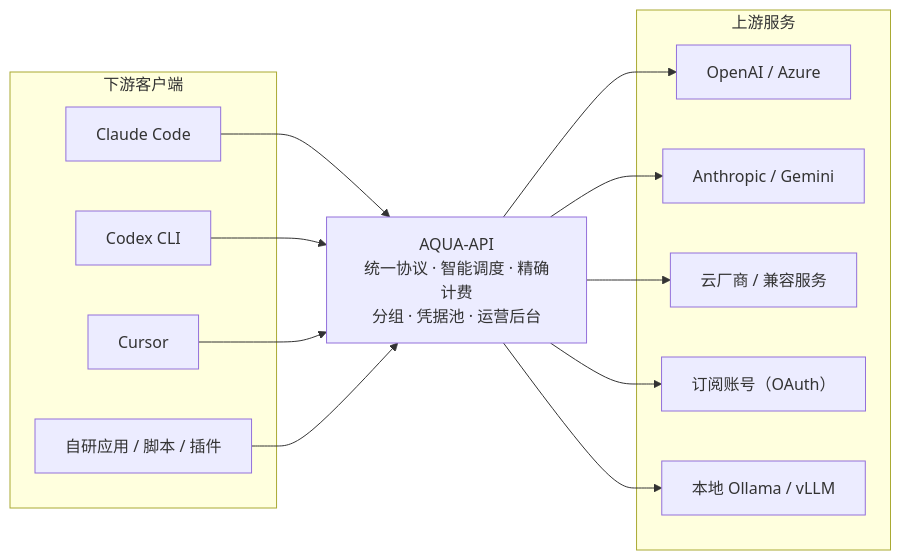
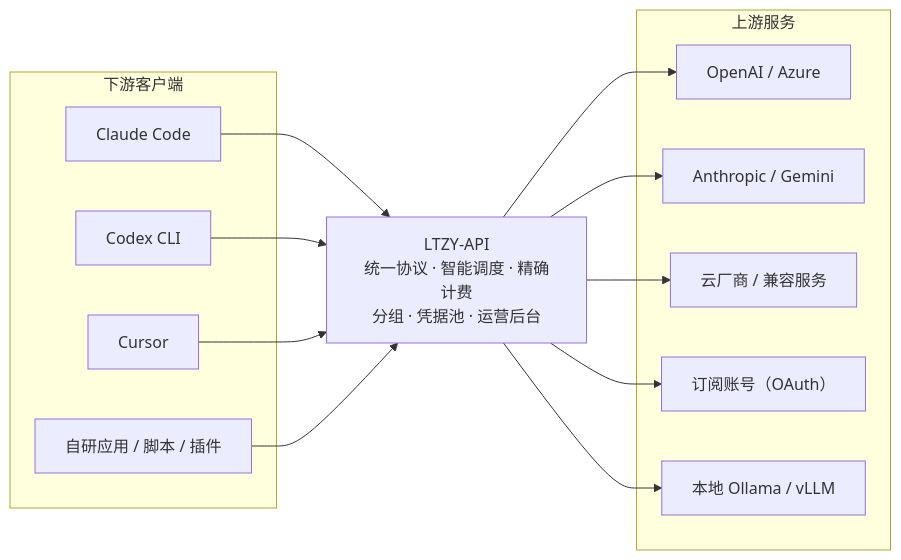
One commit to LTZY-ACU/AQUA-API changed the first of 5 diagrams in README.md. Above: the diagram before and after it, drawn with Mermaid. The commit also changed other lines of this file and 312 other files, not shown here.

First line of the commit message:
合并上游 LTZY-API：品牌更名 + 他人 60 条提交

````diff
--- a/README.md
+++ b/README.md
@@ -111,29 +115,29 @@
 ```mermaid
 flowchart LR
     subgraph C["下游客户端"]
         C1["Claude Code"]
         C2["Codex CLI"]
         C3["Cursor"]
         C4["自研应用 / 脚本 / 插件"]
     end
 
-    AQUA["AQUA-API<br/>统一协议 · 智能调度 · 精确计费<br/>分组 · 凭据池 · 运营后台"]
+    LTZY["LTZY-API<br/>统一协议 · 智能调度 · 精确计费<br/>分组 · 凭据池 · 运营后台"]
 
     subgraph U["上游服务"]
         U1["OpenAI / Azure"]
         U2["Anthropic / Gemini"]
         U3["云厂商 / 兼容服务"]
         U4["订阅账号（OAuth）"]
         U5["本地 Ollama / vLLM"]
     end
 
-    C1 --> AQUA
-    C2 --> AQUA
-    C3 --> AQUA
-    C4 --> AQUA
-    AQUA --> U1
-    AQUA --> U2
-    AQUA --> U3
-    AQUA --> U4
-    AQUA --> U5
+    C1 --> LTZY
+    C2 --> LTZY
+    C3 --> LTZY
+    C4 --> LTZY
+    LTZY --> U1
+    LTZY --> U2
+    LTZY --> U3
+    LTZY --> U4
+    LTZY --> U5
 ```
````
